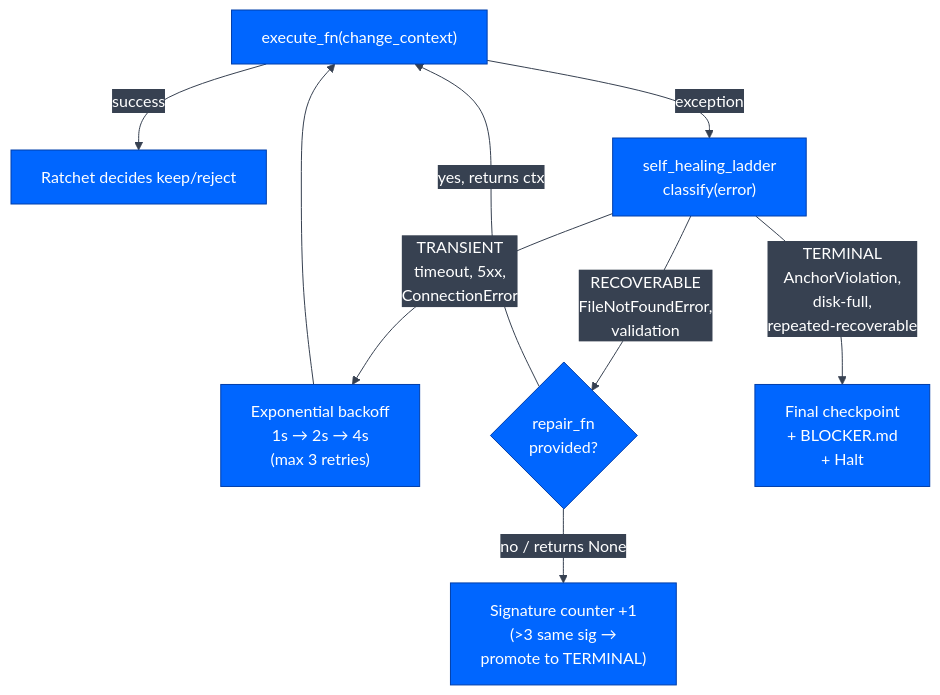
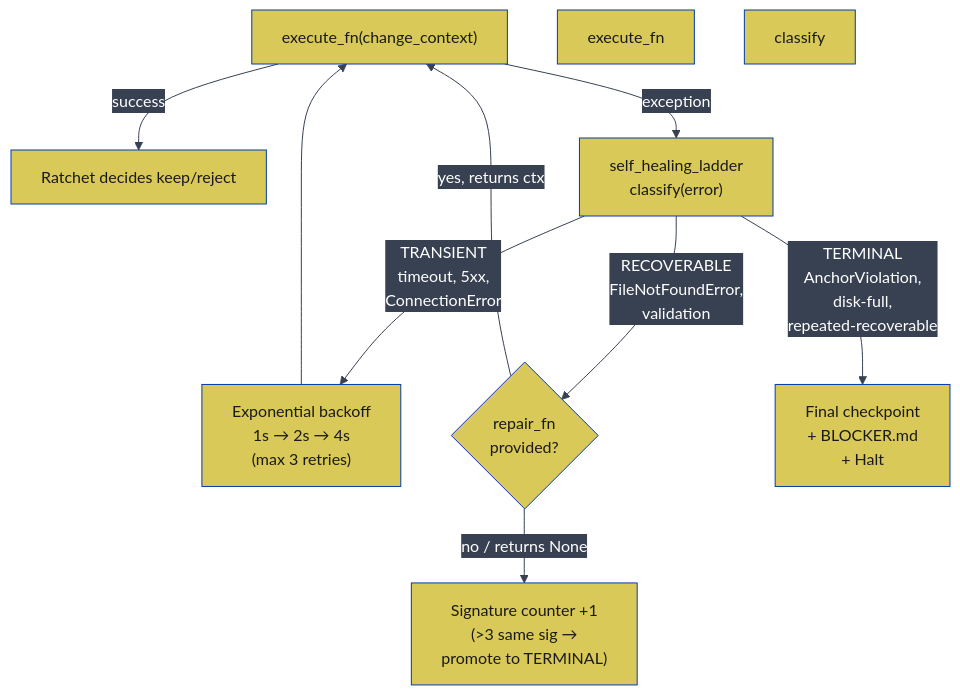
Before and after one commit to JosephOIbrahim/Comfy-Cozy: diagram 13 of 27 in README.md, drawn with Mermaid. The commit also changed other lines of this file, not shown here.

First line of the commit message:
[DOCS] Normalize mermaid palette: force two-tone orange/yellow with black text

````diff
--- a/README.md
+++ b/README.md
@@ -688,12 +728,21 @@
 ```mermaid
 %%{init: {'theme':'base','themeVariables': {'primaryColor':'#0066FF','primaryTextColor':'#ffffff','primaryBorderColor':'#003eaa','lineColor':'#374151','secondaryColor':'#374151','tertiaryColor':'#1f2937','fontFamily':'monospace'}}}%%
 flowchart TD
     Try["execute_fn(change_context)"] -->|success| Ratchet[Ratchet decides keep/reject]
     Try -->|exception| Class["self_healing_ladder<br/>classify(error)"]
     Class -->|"TRANSIENT<br/>timeout, 5xx,<br/>ConnectionError"| Backoff["Exponential backoff<br/>1s → 2s → 4s<br/>(max 3 retries)"]
     Backoff --> Try
     Class -->|"RECOVERABLE<br/>FileNotFoundError,<br/>validation"| Repair{repair_fn<br/>provided?}
     Repair -->|yes, returns ctx| Try
     Repair -->|no / returns None| Counter["Signature counter +1<br/>(>3 same sig →<br/>promote to TERMINAL)"]
     Class -->|"TERMINAL<br/>AnchorViolation,<br/>disk-full,<br/>repeated-recoverable"| Halt["Final checkpoint<br/>+ BLOCKER.md<br/>+ Halt"]
+    style Try fill:#d9c958,color:#1a1a1a
+    style execute_fn fill:#d9c958,color:#1a1a1a
+    style Ratchet fill:#d9c958,color:#1a1a1a
+    style Class fill:#d9c958,color:#1a1a1a
+    style classify fill:#d9c958,color:#1a1a1a
+    style Backoff fill:#d9c958,color:#1a1a1a
+    style Repair fill:#d9c958,color:#1a1a1a
+    style Counter fill:#d9c958,color:#1a1a1a
+    style Halt fill:#d9c958,color:#1a1a1a
 ```
````
